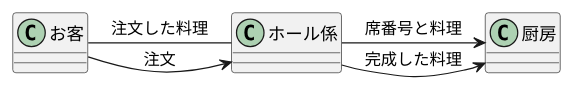
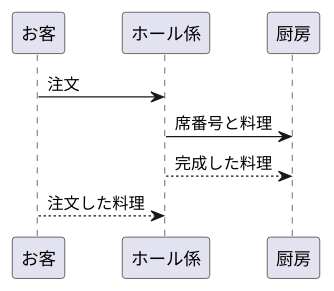
The diagram in kadai2.md (Aso2001397/2021sys-design), drawn with PlantUML before and after one commit.

````diff
--- a/kadai2.md
+++ b/kadai2.md
@@ -1,8 +1,8 @@
 ```uml
 @startuml
 お客 -> ホール係: 注文
 ホール係 -> 厨房: 席番号と料理
 厨房 <-- ホール係: 完成した料理
-ホール係 -- お客: 注文した料理
+ホール係 <-- お客: 注文した料理
 @enduml
 ```
````
